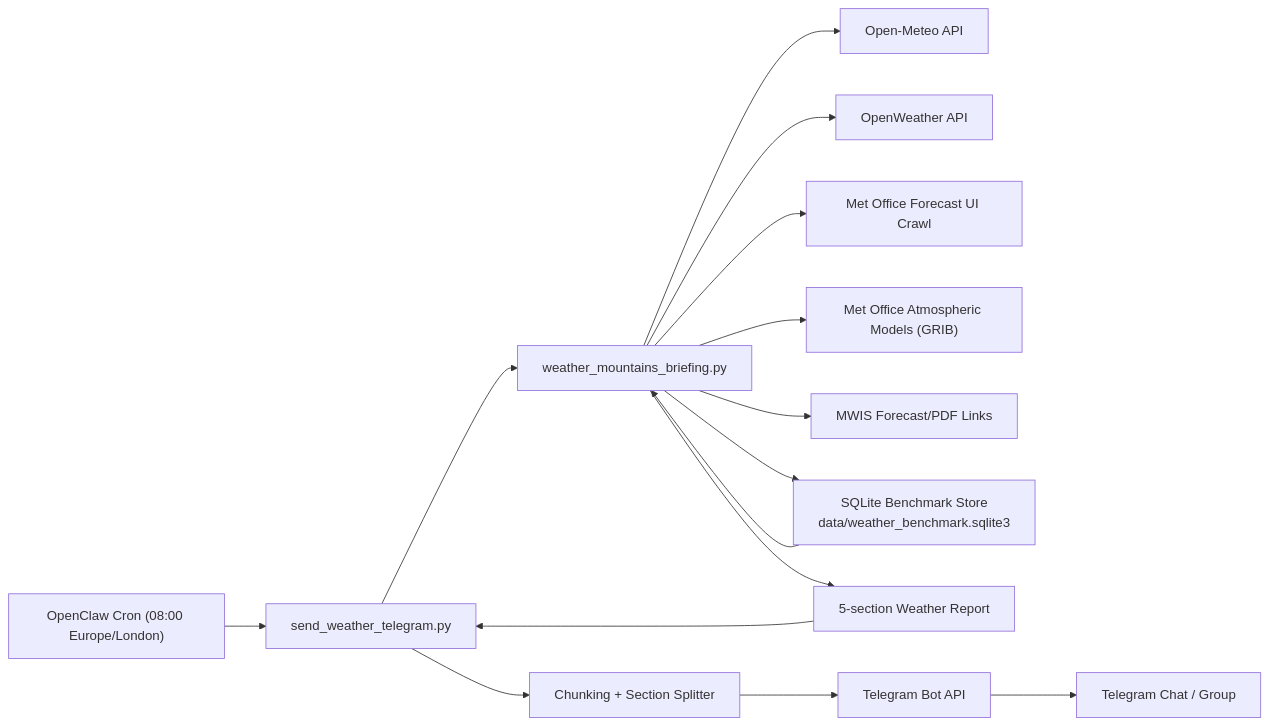
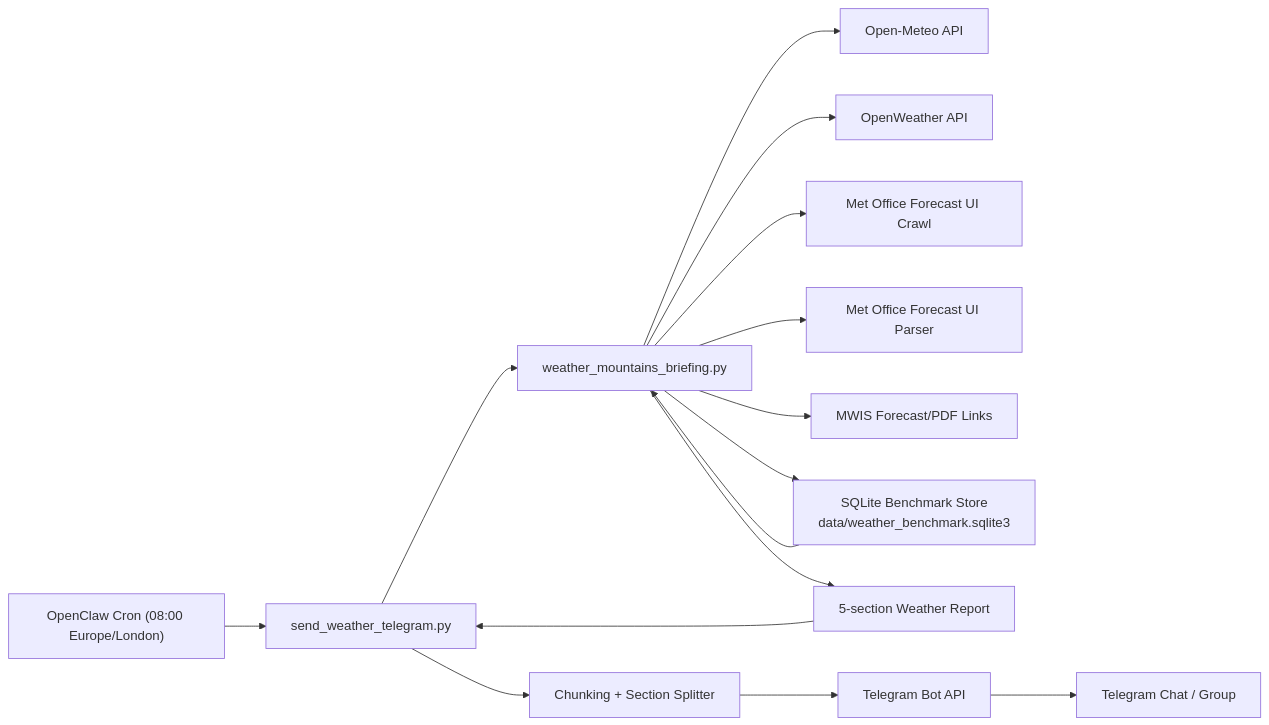
Before and after one commit to FelixLee888/AIBot: the diagram in README.md, drawn with Mermaid. The commit also changed other lines of this file and 1 other file, not shown here.

Commit message:
Remove Met Office atmospheric source from weather pipeline

````diff
--- a/README.md
+++ b/README.md
@@ -17,20 +17,20 @@
 ```mermaid
 flowchart LR
   A["OpenClaw Cron (08:00 Europe/London)"] --> B["send_weather_telegram.py"]
   B --> C["weather_mountains_briefing.py"]
 
   C --> D["Open-Meteo API"]
   C --> E["OpenWeather API"]
   C --> F["Met Office Forecast UI Crawl"]
-  C --> G["Met Office Atmospheric Models (GRIB)"]
+  C --> G["Met Office Forecast UI Parser"]
   C --> H["MWIS Forecast/PDF Links"]
 
   C --> I["SQLite Benchmark Store<br/>data/weather_benchmark.sqlite3"]
   I --> C
 
   C --> J["5-section Weather Report"]
   J --> B
   B --> K["Chunking + Section Splitter"]
   K --> L["Telegram Bot API"]
   L --> M["Telegram Chat / Group"]
 ```
````
